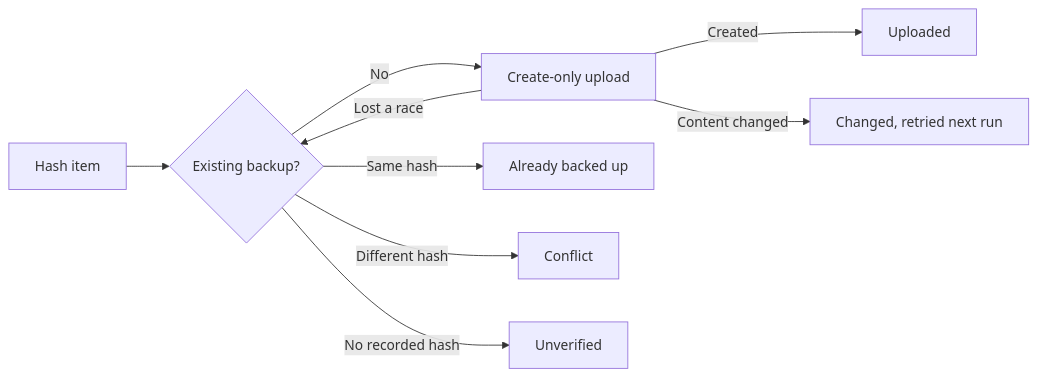
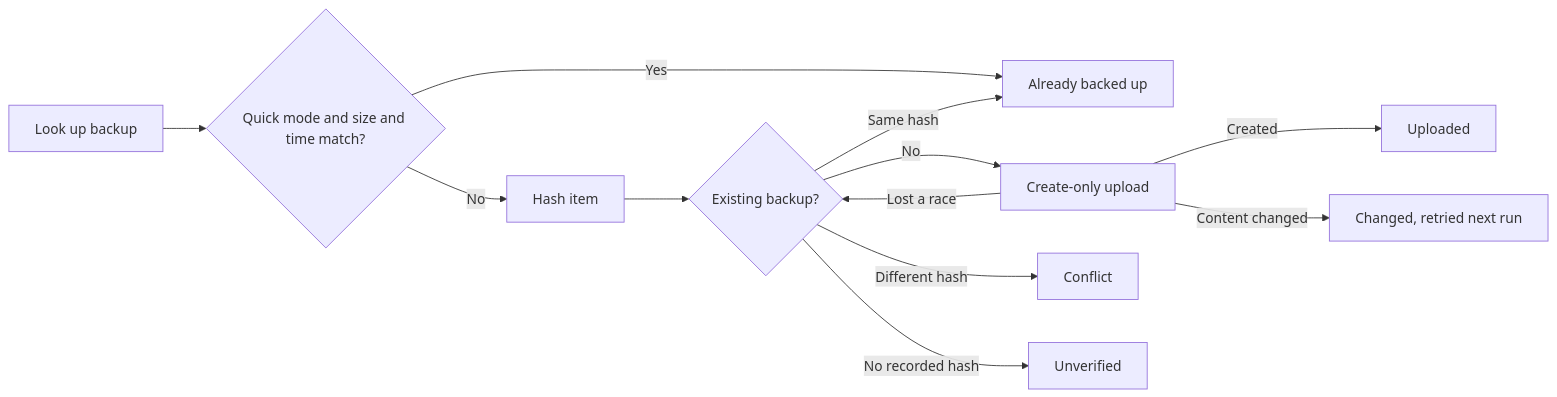
The second of 2 diagrams in src/DcimCloudSync.Core/README.md (f2calv/android-dcim-cloud-sync), drawn with Mermaid before and after one commit. The commit also changed other lines of this file and 34 other files, not shown here.

First line of the commit message:
feat: quick backup check, per-file progress and an on-device log

````diff
--- a/src/DcimCloudSync.Core/README.md
+++ b/src/DcimCloudSync.Core/README.md
@@ -52,11 +57,14 @@
 ```mermaid
 flowchart LR
-    A[Hash item] --> B{Existing backup?}
+    A[Look up backup] --> Q{Quick mode and size and time match?}
+    Q -- Yes --> E[Already backed up]
+    Q -- No --> H[Hash item]
+    H --> B{Existing backup?}
     B -- No --> C[Create-only upload]
     C -- Created --> D[Uploaded]
     C -- Lost a race --> B
-    B -- Same hash --> E[Already backed up]
+    B -- Same hash --> E
     B -- Different hash --> F[Conflict]
     B -- No recorded hash --> G[Unverified]
-    C -- Content changed --> H[Changed, retried next run]
+    C -- Content changed --> I[Changed, retried next run]
 ```
````
